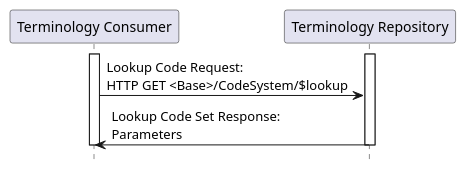
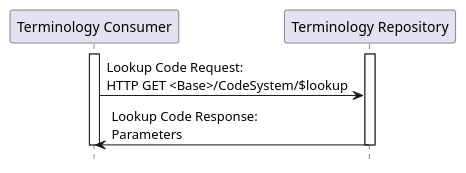
One commit to IHE/ITI.SVCM changed the diagram in input/images-source/ITI-98-seq.plantuml. Above: the diagram before and after it, drawn with PlantUML. The commit also changed 2 other files, not shown here.

Commit message:
Fixed typos in plantuml.  Added in capability statements for actors.

```diff
--- a/input/images-source/ITI-98-seq.plantuml
+++ b/input/images-source/ITI-98-seq.plantuml
@@ -1,12 +1,12 @@
 @startuml
 hide footbox
 
 participant "Terminology Consumer" as Client
 participant "Terminology Repository" as Server
 activate Client
 activate Server
 Client -> Server : Lookup Code Request:\nHTTP GET <Base>/CodeSystem/$lookup
-Server -> Client : Lookup Code Set Response:\nParameters
+Server -> Client : Lookup Code Response:\nParameters
 deactivate Client
 deactivate Server
 @enduml
```
